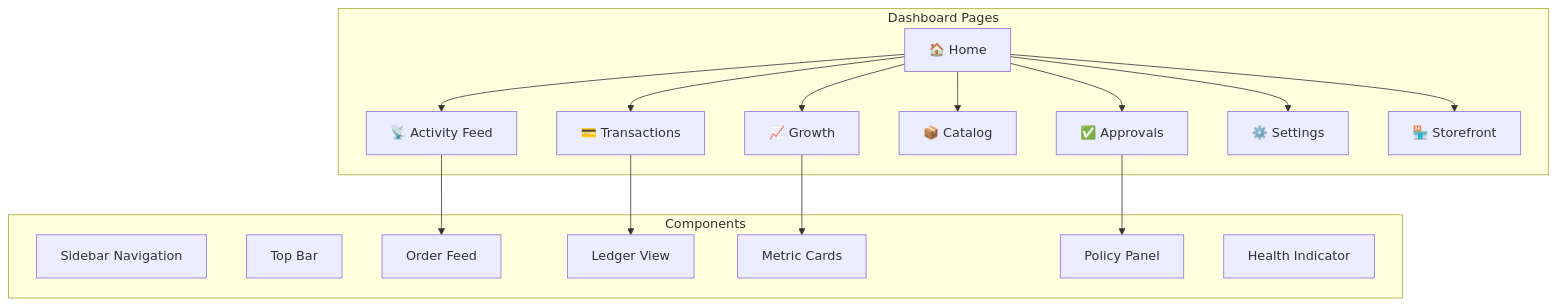
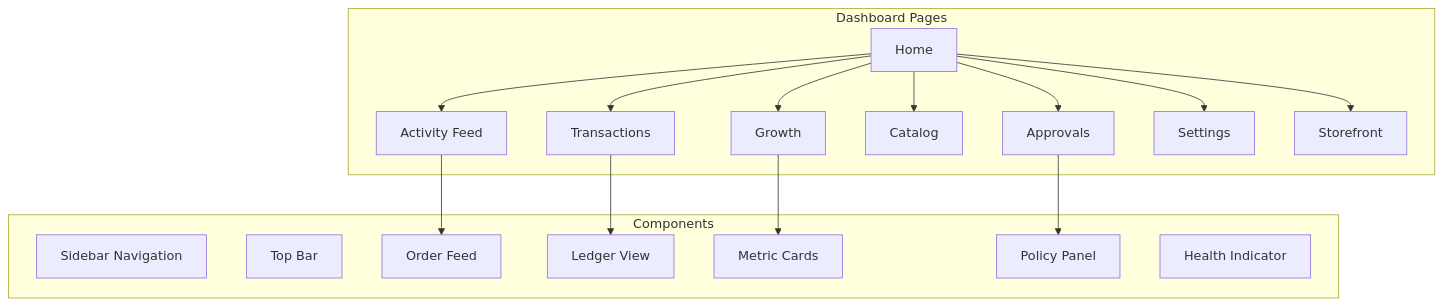
One commit to mahirmlk/sellable changed the fifth of 5 diagrams in README.md. Above: the diagram before and after it, drawn with Mermaid. The commit also changed other lines of this file, not shown here.

Commit message:
docs: clean up README - remove emojis, fix mermaid diagrams, remove fake footer data

````diff
--- a/README.md
+++ b/README.md
@@ -256,36 +252,36 @@
 ```mermaid
 graph TB
-    subgraph "Dashboard Pages"
-        HOME["🏠 Home"]
-        ACTIVITY["📡 Activity Feed"]
-        TRANSACTIONS["💳 Transactions"]
-        APPROVALS["✅ Approvals"]
-        CATALOG["📦 Catalog"]
-        GROWTH["📈 Growth"]
-        SETTINGS["⚙️ Settings"]
-        STOREFRONT["🏪 Storefront"]
+    subgraph DashboardPages["Dashboard Pages"]
+        HOME["Home"]
+        ACTIVITY["Activity Feed"]
+        TRANSACTIONS["Transactions"]
+        APPROVALS["Approvals"]
+        CATALOG["Catalog"]
+        GROWTH["Growth"]
+        SETTINGS["Settings"]
+        STOREFRONT["Storefront"]
     end
 
-    subgraph "Components"
+    subgraph Components["Components"]
         SIDEBAR["Sidebar Navigation"]
         TOPBAR["Top Bar"]
         ORDER_FEED["Order Feed"]
         LEDGER_VIEW["Ledger View"]
         METRIC_CARDS["Metric Cards"]
         POLICY_PANEL["Policy Panel"]
         HEALTH["Health Indicator"]
     end
 
     HOME --> ACTIVITY
     HOME --> TRANSACTIONS
     HOME --> APPROVALS
     HOME --> CATALOG
     HOME --> GROWTH
     HOME --> SETTINGS
     HOME --> STOREFRONT
 
     ACTIVITY --> ORDER_FEED
     TRANSACTIONS --> LEDGER_VIEW
     APPROVALS --> POLICY_PANEL
     GROWTH --> METRIC_CARDS
 ```
````
